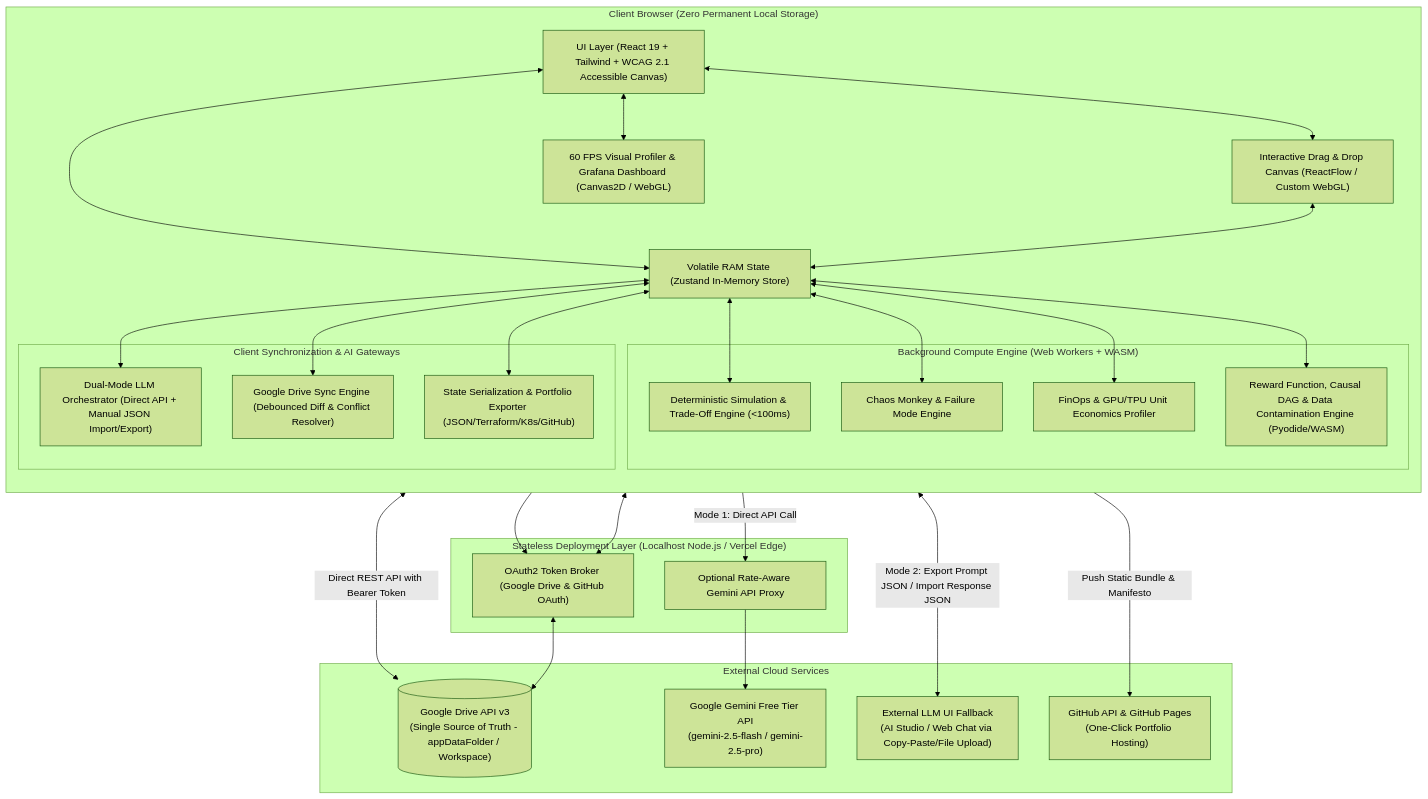
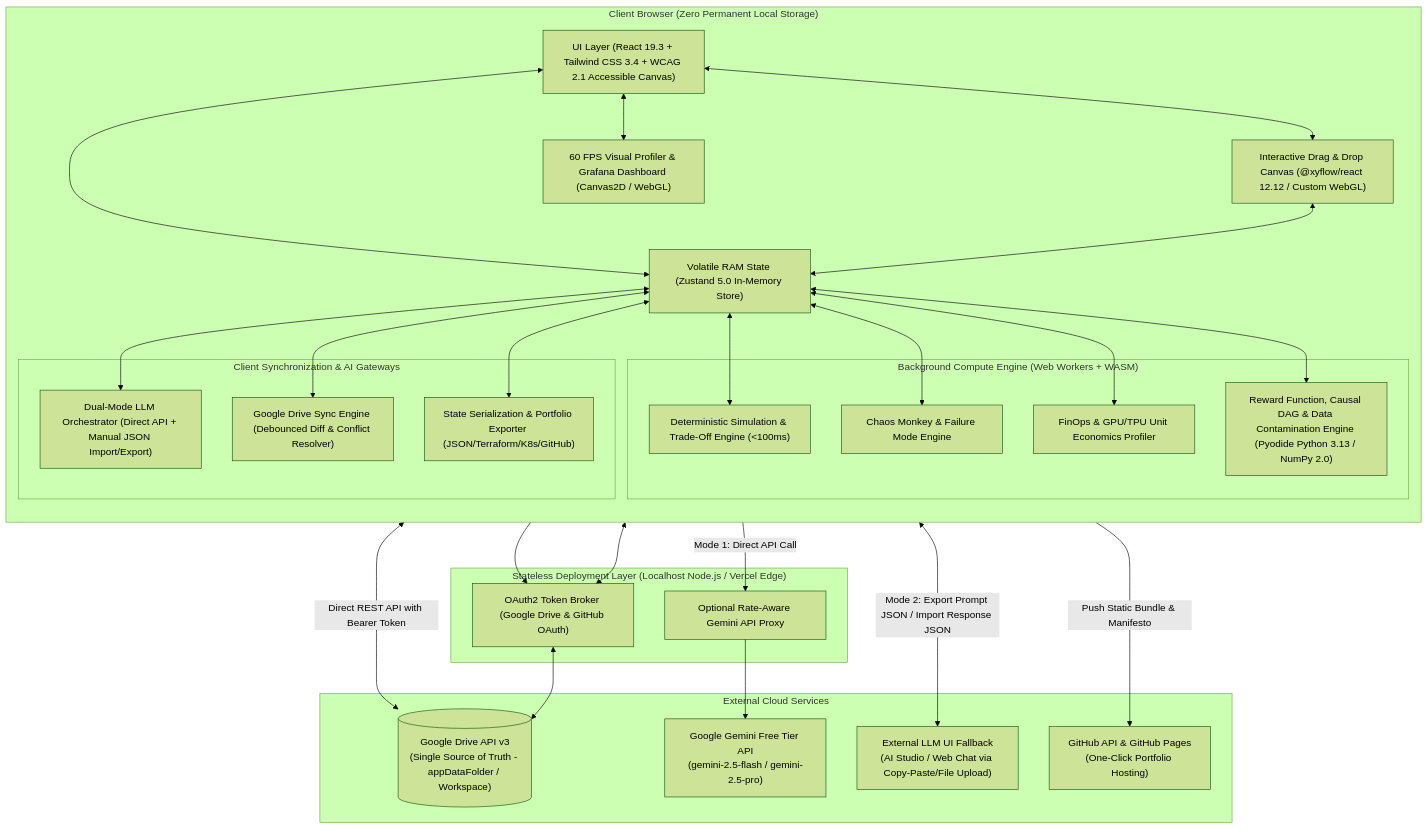
One commit to Strider221B/ml-sys-design changed the first of 5 diagrams in documentation/design/high_level.md. Above: the diagram before and after it, drawn with Mermaid (forest theme). The commit also changed 39 other files, not shown here.

````diff
--- a/documentation/design/high_level.md
+++ b/documentation/design/high_level.md
@@ -21,59 +21,59 @@
 ```mermaid
 graph TB
     subgraph Client_Browser["Client Browser (Zero Permanent Local Storage)"]
         direction TB
-        UI["UI Layer (React 19 + Tailwind + WCAG 2.1 Accessible Canvas)"]
-        Canvas["Interactive Drag & Drop Canvas (ReactFlow / Custom WebGL)"]
+        UI["UI Layer (React 19.3 + Tailwind CSS 3.4 + WCAG 2.1 Accessible Canvas)"]
+        Canvas["Interactive Drag & Drop Canvas (@xyflow/react 12.12 / Custom WebGL)"]
         Telemetry["60 FPS Visual Profiler & Grafana Dashboard (Canvas2D / WebGL)"]
-        Store["Volatile RAM State (Zustand In-Memory Store)"]
+        Store["Volatile RAM State (Zustand 5.0 In-Memory Store)"]
         
         subgraph Web_Workers["Background Compute Engine (Web Workers + WASM)"]
             SimEngine["Deterministic Simulation & Trade-Off Engine (<100ms)"]
             ChaosEngine["Chaos Monkey & Failure Mode Engine"]
             FinOpsCalc["FinOps & GPU/TPU Unit Economics Profiler"]
-            MathSandbox["Reward Function, Causal DAG & Data Contamination Engine (Pyodide/WASM)"]
+            MathSandbox["Reward Function, Causal DAG & Data Contamination Engine (Pyodide Python 3.13 / NumPy 2.0)"]
         end
 
         subgraph Gateways["Client Synchronization & AI Gateways"]
             LLMOrch["Dual-Mode LLM Orchestrator (Direct API + Manual JSON Import/Export)"]
             GDriveSync["Google Drive Sync Engine (Debounced Diff & Conflict Resolver)"]
             IaCExporter["State Serialization & Portfolio Exporter (JSON/Terraform/K8s/GitHub)"]
         end
     end
 
     subgraph Serverless_Edge["Stateless Deployment Layer (Localhost Node.js / Vercel Edge)"]
         AuthProxy["OAuth2 Token Broker (Google Drive & GitHub OAuth)"]
         GeminiProxy["Optional Rate-Aware Gemini API Proxy"]
     end
 
     subgraph External_Cloud["External Cloud Services"]
         GDrive[("Google Drive API v3\n(Single Source of Truth - appDataFolder / Workspace)")]
         GeminiAPI["Google Gemini Free Tier API\n(gemini-2.5-flash / gemini-2.5-pro)"]
         ManualLLM["External LLM UI Fallback\n(AI Studio / Web Chat via Copy-Paste/File Upload)"]
         GitHubPages["GitHub API & GitHub Pages\n(One-Click Portfolio Hosting)"]
     end
 
     UI <--> Canvas
     UI <--> Telemetry
     UI <--> Store
     Canvas <--> Store
     Store <--> SimEngine
     Store <--> ChaosEngine
     Store <--> FinOpsCalc
     Store <--> MathSandbox
 
     Store <--> GDriveSync
     Store <--> LLMOrch
     Store <--> IaCExporter
 
     GDriveSync <--> AuthProxy
     AuthProxy <--> GDrive
     GDriveSync <-->|Direct REST API with Bearer Token| GDrive
 
     LLMOrch -->|Mode 1: Direct API Call| GeminiProxy
     GeminiProxy --> GeminiAPI
     LLMOrch <-->|Mode 2: Export Prompt JSON / Import Response JSON| ManualLLM
 
     IaCExporter --> AuthProxy
     IaCExporter -->|Push Static Bundle & Manifesto| GitHubPages
 ```
````
